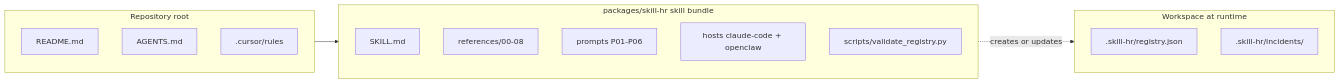
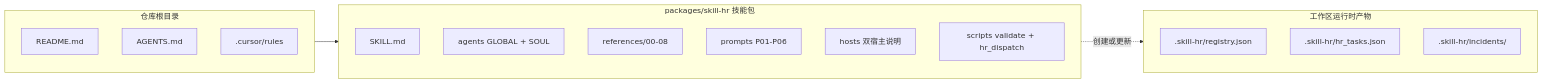
One commit to thinkitpossible/skill-hr changed the third of 3 diagrams in README.md. Above: the diagram before and after it, drawn with Mermaid. The commit also changed other lines of this file and 59 other files, not shown here.

````diff
--- a/README.md
+++ b/README.md
@@ -62,21 +268,23 @@
 ```mermaid
 flowchart LR
-  subgraph repo [Repository root]
+  subgraph repo [仓库根目录]
     R[README.md]
     A[AGENTS.md]
     CR[.cursor/rules]
   end
-  subgraph pkg [packages/skill-hr skill bundle]
+  subgraph pkg [packages/skill-hr 技能包]
     S[SKILL.md]
+    AG[agents GLOBAL + SOUL]
     REF[references/00-08]
     PR[prompts P01-P06]
-    HO[hosts claude-code + openclaw]
-    SC[scripts/validate_registry.py]
+    HO[hosts 双宿主说明]
+    SC[scripts validate + hr_dispatch]
   end
-  subgraph runtime [Workspace at runtime]
+  subgraph runtime [工作区运行时产物]
     REG[.skill-hr/registry.json]
+    TASKS[.skill-hr/hr_tasks.json]
     INC[.skill-hr/incidents/]
   end
   repo --> pkg
-  pkg -.->|creates or updates| runtime
+  pkg -.->|创建或更新| runtime
 ```
````
